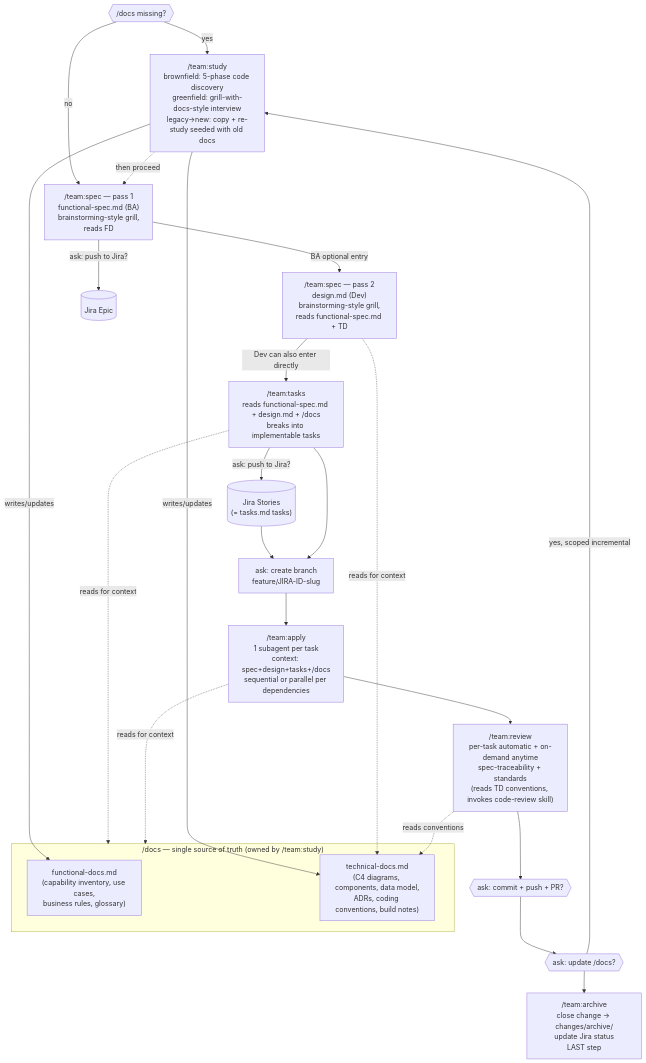
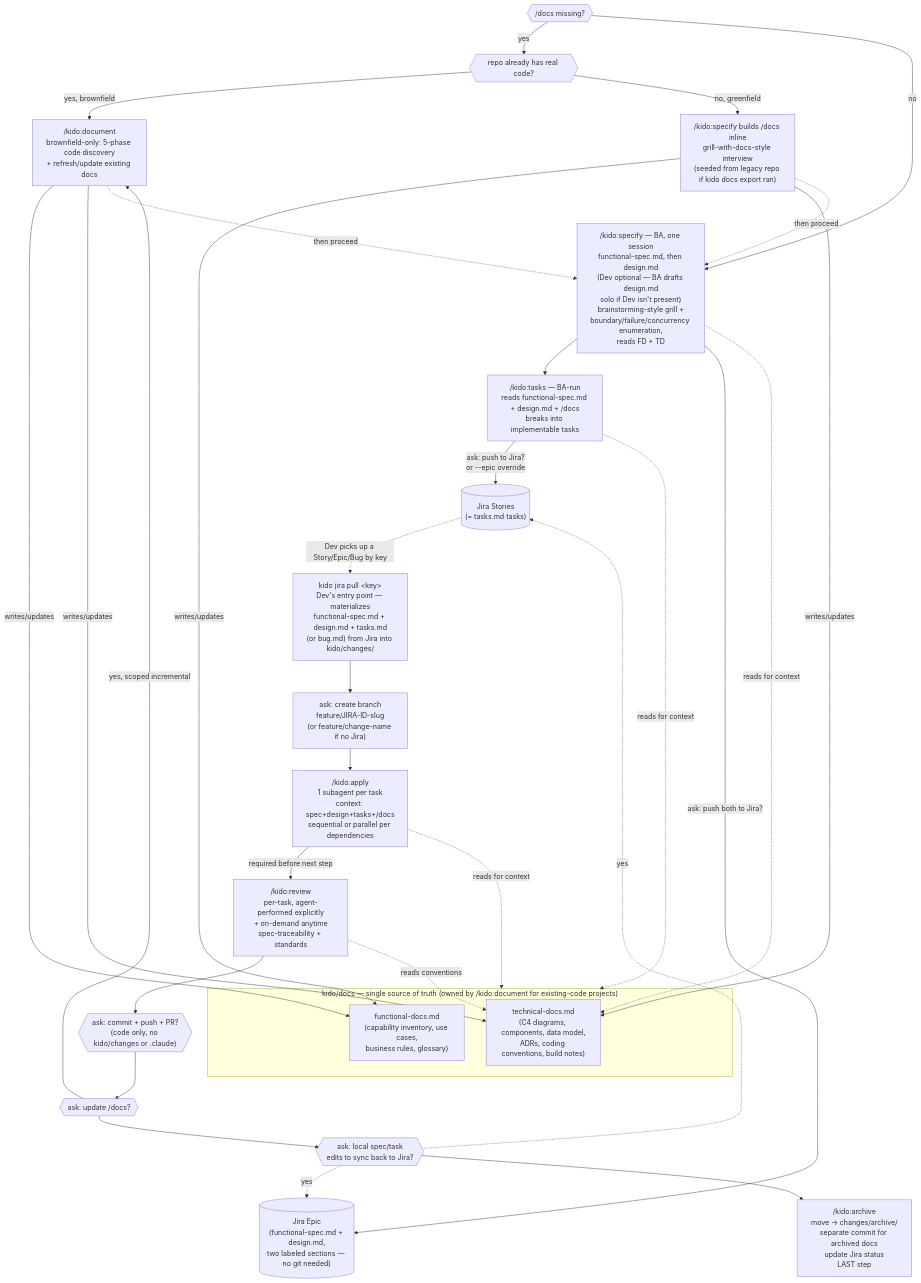
One commit to moezRebai/Kido-kit changed the diagram in DESIGN.md. Above: the diagram before and after it, drawn with Mermaid. The commit also changed other lines of this file and 21 other files, not shown here.

First line of the commit message:
Split study/spec into document/specify, add Jira pull for BA/Dev handoff, restyle pipeline runbook

````diff
--- a/DESIGN.md
+++ b/DESIGN.md
@@ -135,53 +131,66 @@
 ```mermaid
 flowchart TD
-    subgraph KB["/docs — single source of truth (owned by /team:study)"]
+    subgraph KB["kido/docs — single source of truth (owned by /kido:document for existing-code projects)"]
         FD["functional-docs.md<br/>(capability inventory, use cases,<br/>business rules, glossary)"]
         TD["technical-docs.md<br/>(C4 diagrams, components, data model,<br/>ADRs, coding conventions, build notes)"]
     end
 
-    STUDY["/team:study<br/>brownfield: 5-phase code discovery<br/>greenfield: grill-with-docs-style interview<br/>legacy→new: copy + re-study seeded with old docs"]
-    STUDY -->|writes/updates| FD
-    STUDY -->|writes/updates| TD
+    DOCUMENT["/kido:document<br/>brownfield-only: 5-phase code discovery<br/>+ refresh/update existing docs"]
+    DOCUMENT -->|writes/updates| FD
+    DOCUMENT -->|writes/updates| TD
 
     NODOCS{{"/docs missing?"}}
-    NODOCS -->|yes| STUDY
+    HASCODE{{"repo already has real code?"}}
+    NODOCS -->|yes| HASCODE
+    HASCODE -->|yes, brownfield| DOCUMENT
 
-    SPEC1["/team:spec — pass 1<br/>functional-spec.md (BA)<br/>brainstorming-style grill,<br/>reads FD"]
-    SPEC2["/team:spec — pass 2<br/>design.md (Dev)<br/>brainstorming-style grill,<br/>reads functional-spec.md + TD"]
-    TASKS["/team:tasks<br/>reads functional-spec.md + design.md + /docs<br/>breaks into implementable tasks"]
+    SPECIFYDOCS["/kido:specify builds /docs inline<br/>grill-with-docs-style interview<br/>(seeded from legacy repo if kido docs export ran)"]
+    HASCODE -->|no, greenfield| SPECIFYDOCS
+    SPECIFYDOCS -->|writes/updates| FD
+    SPECIFYDOCS -->|writes/updates| TD
 
-    NODOCS -->|no| SPEC1
-    STUDY -.->|then proceed| SPEC1
-    SPEC1 -->|BA optional entry| SPEC2
-    SPEC2 -->|Dev can also enter directly| TASKS
+    SPECIFY["/kido:specify — BA, one session<br/>functional-spec.md, then design.md<br/>(Dev optional — BA drafts design.md<br/>solo if Dev isn't present)<br/>brainstorming-style grill +<br/>boundary/failure/concurrency enumeration,<br/>reads FD + TD"]
+    TASKS["/kido:tasks — BA-run<br/>reads functional-spec.md + design.md + /docs<br/>breaks into implementable tasks"]
 
-    JIRA_E[("Jira Epic")]
+    NODOCS -->|no| SPECIFY
+    DOCUMENT -.->|then proceed| SPECIFY
+    SPECIFYDOCS -.->|then proceed| SPECIFY
+    SPECIFY --> TASKS
+
+    JIRA_E[("Jira Epic<br/>(functional-spec.md + design.md,<br/>two labeled sections — no git needed)")]
     JIRA_S[("Jira Stories<br/>(= tasks.md tasks)")]
-    SPEC1 -->|ask: push to Jira?| JIRA_E
-    TASKS -->|ask: push to Jira?| JIRA_S
+    SPECIFY -->|ask: push both to Jira?| JIRA_E
+    TASKS -->|ask: push to Jira?<br/>or --epic override| JIRA_S
 
-    BRANCH["ask: create branch<br/>feature/JIRA-ID-slug"]
-    JIRA_S --> BRANCH
-    TASKS --> BRANCH
+    PULL["kido jira pull &lt;key&gt;<br/>Dev's entry point — materializes<br/>functional-spec.md + design.md + tasks.md<br/>(or bug.md) from Jira into kido/changes/"]
+    JIRA_S -.->|Dev picks up a Story/Epic/Bug by key| PULL
 
-    APPLY["/team:apply<br/>1 subagent per task<br/>context: spec+design+tasks+/docs<br/>sequential or parallel per dependencies"]
+    BRANCH["ask: create branch<br/>feature/JIRA-ID-slug<br/>(or feature/change-name if no Jira)"]
+    PULL --> BRANCH
+
+    APPLY["/kido:apply<br/>1 subagent per task<br/>context: spec+design+tasks+/docs<br/>sequential or parallel per dependencies"]
     BRANCH --> APPLY
 
-    REVIEW["/team:review<br/>per-task automatic + on-demand anytime<br/>spec-traceability + standards<br/>(reads TD conventions, invokes code-review skill)"]
-    APPLY --> REVIEW
+    REVIEW["/kido:review<br/>per-task, agent-performed explicitly<br/>+ on-demand anytime<br/>spec-traceability + standards"]
+    APPLY -->|required before next step| REVIEW
 
-    ASKCOMMIT{{"ask: commit + push + PR?"}}
+    ASKCOMMIT{{"ask: commit + push + PR?<br/>(code only, no kido/changes or .claude)"}}
     REVIEW --> ASKCOMMIT
 
     ASKDOCS{{"ask: update /docs?"}}
     ASKCOMMIT --> ASKDOCS
-    ASKDOCS -->|yes, scoped incremental| STUDY
+    ASKDOCS -->|yes, scoped incremental| DOCUMENT
 
-    ARCHIVE["/team:archive<br/>close change → changes/archive/<br/>update Jira status<br/>LAST step"]
-    ASKDOCS --> ARCHIVE
+    ASKSYNC{{"ask: local spec/task<br/>edits to sync back to Jira?"}}
+    ASKDOCS --> ASKSYNC
+    ASKSYNC -.->|yes| JIRA_E
+    ASKSYNC -.->|yes| JIRA_S
 
-    SPEC2 -.->|reads for context| TD
+    ARCHIVE["/kido:archive<br/>move → changes/archive/<br/>separate commit for archived docs<br/>update Jira status<br/>LAST step"]
+    ASKSYNC --> ARCHIVE
+
+    SPECIFY -.->|reads for context| TD
     TASKS -.->|reads for context| KB
     APPLY -.->|reads for context| KB
     REVIEW -.->|reads conventions| TD
 ```
````
